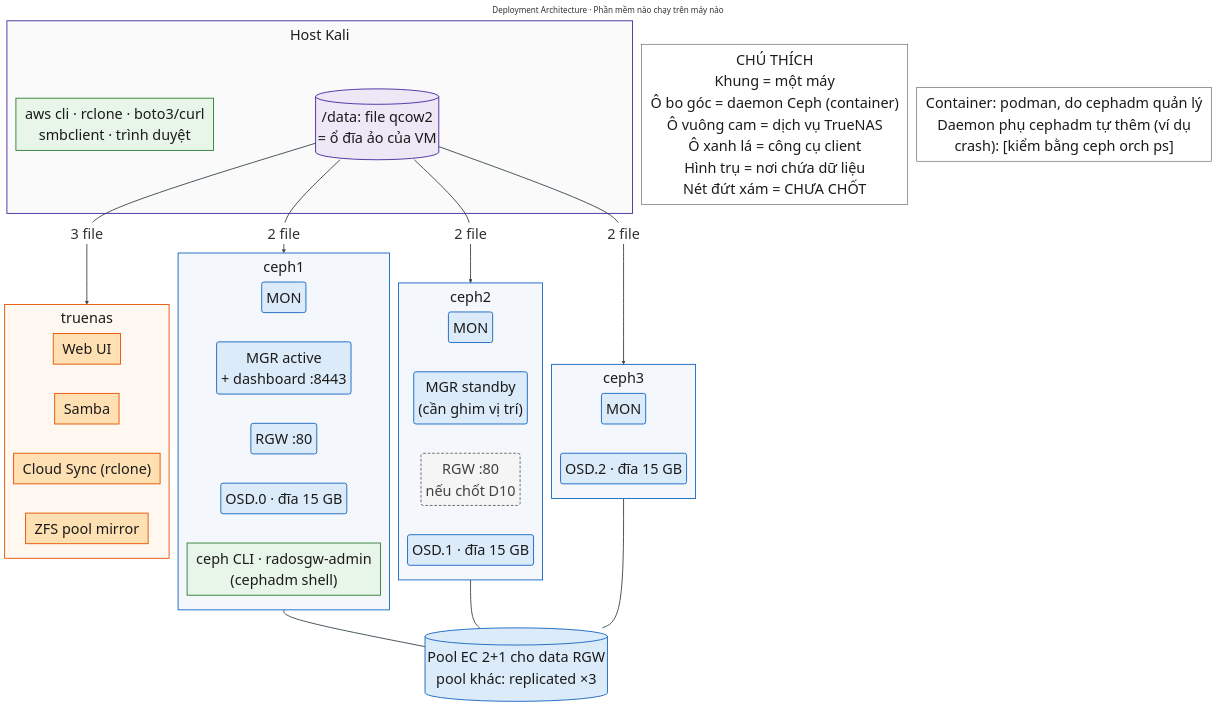
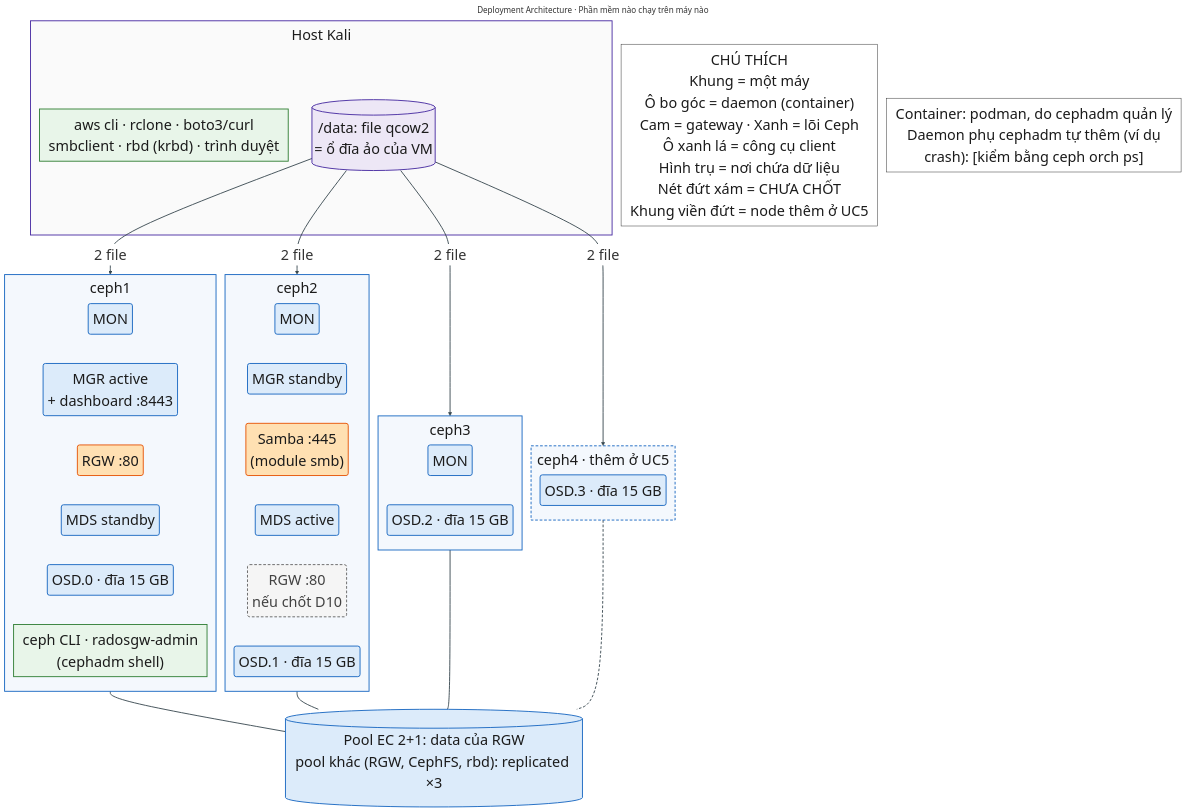
Before and after one commit to HDungg925/Project: the fifth of 5 diagrams in NT132-P2-TaiLieuNhom.md, drawn with Mermaid. The commit also changed other lines of this file and 11 other files, not shown here.

Commit message:
Bo TrueNAS

````diff
--- a/NT132-P2-TaiLieuNhom.md
+++ b/NT132-P2-TaiLieuNhom.md
@@ -587,12 +643,17 @@
 ```mermaid
 ---
 title: "Deployment Architecture · Phần mềm nào chạy trên máy nào"
+config:
+  layout: dagre
+  theme: base
+  themeVariables: {"fontSize": "32px", "fontFamily": "Arial, Helvetica, sans-serif", "lineColor": "#37474F", "edgeLabelBackground": "#FFFFFF"}
+  themeCSS: ".flowchartTitleText { font-size: 42px; font-weight: bold; } .edgeLabel div { max-width: none !important; white-space: nowrap !important; }"
+  flowchart: {"curve": "basis", "wrappingWidth": 650, "nodeSpacing": 20, "rankSpacing": 40, "padding": 10, "subGraphTitleMargin": {"top": 6, "bottom": 26}}
 ---
-%%{init: {"theme": "base", "themeVariables": {"fontSize": "32px", "fontFamily": "Arial, Helvetica, sans-serif", "lineColor": "#37474F", "edgeLabelBackground": "#FFFFFF"}, "themeCSS": ".flowchartTitleText { font-size: 42px; font-weight: bold; } .edgeLabel div { max-width: none !important; white-space: nowrap !important; }", "flowchart": {"curve": "basis", "wrappingWidth": 650, "nodeSpacing": 20, "rankSpacing": 40, "padding": 10, "subGraphTitleMargin": {"top": 6, "bottom": 26}}}}%%
 flowchart TB
-    %% ===== BẢNG MÀU CHUNG (giữ nguyên như slide 6-9) =====
+    %% ===== BẢNG MÀU CHUNG v3 (giữ nguyên như slide 6-9) =====
     classDef client  fill:#E8F5E9,stroke:#2E7D32,stroke-width:2px,color:#1B1B1B
-    classDef truenas fill:#FFE0B2,stroke:#E65100,stroke-width:2px,color:#1B1B1B
+    classDef gateway fill:#FFE0B2,stroke:#E65100,stroke-width:2px,color:#1B1B1B
     classDef ceph    fill:#DCEBFA,stroke:#1565C0,stroke-width:2px,color:#1B1B1B
     classDef infra   fill:#EDE7F6,stroke:#4527A0,stroke-width:2px,color:#1B1B1B
     classDef should  fill:#F5F5F5,stroke:#616161,stroke-width:2px,stroke-dasharray:6 4,color:#424242
@@ -600,17 +661,17 @@
 
     %% ===== HOST KALI =====
     subgraph H_KALI["Host Kali"]
-        K_CLI["aws cli · rclone · boto3/curl<br/>smbclient · trình duyệt"]
+        K_CLI["aws cli · rclone · boto3/curl<br/>smbclient · rbd (krbd) · trình duyệt"]
         K_DATA[("/data: file qcow2<br/>= ổ đĩa ảo của VM")]
     end
 
-    %% ===== CÁC VM =====
-    %% Khai báo truenas SAU 3 node Ceph là CỐ Ý: như vậy cả v11 và v12 đều xếp truenas bên trái
+    %% ===== 4 NODE CEPH =====
     subgraph V_C1["ceph1"]
         direction TB
         C1_MON("MON")
         C1_MGR("MGR active<br/>+ dashboard :8443")
         C1_RGW("RGW :80")
+        C1_MDS("MDS standby")
         C1_OSD("OSD.0 · đĩa 15 GB")
         C1_CLI["ceph CLI · radosgw-admin<br/>(cephadm shell)"]
     end
@@ -618,7 +679,9 @@
     subgraph V_C2["ceph2"]
         direction TB
         C2_MON("MON")
-        C2_MGR("MGR standby<br/>(cần ghim vị trí)")
+        C2_MGR("MGR standby")
+        C2_SMB("Samba :445<br/>(module smb)")
+        C2_MDS("MDS active")
         C2_RGW("RGW :80<br/>nếu chốt D10")
         C2_OSD("OSD.1 · đĩa 15 GB")
     end
@@ -629,46 +692,44 @@
         C3_OSD("OSD.2 · đĩa 15 GB")
     end
 
-    subgraph V_TN["truenas"]
+    subgraph V_C4["ceph4 · thêm ở UC5"]
         direction TB
-        T_UI["Web UI"]
-        T_SMB["Samba"]
-        T_CS["Cloud Sync (rclone)"]
-        T_ZFS["ZFS pool mirror"]
+        C4_OSD("OSD.3 · đĩa 15 GB")
     end
 
-    POOL[("Pool EC 2+1 cho data RGW<br/>pool khác: replicated ×3")]
+    POOL[("Pool EC 2+1: data của RGW<br/>pool khác (RGW, CephFS, rbd): replicated ×3")]
 
-    LEG["CHÚ THÍCH<br/>Khung = một máy<br/>Ô bo góc = daemon Ceph (container)<br/>Ô vuông cam = dịch vụ TrueNAS<br/>Ô xanh lá = công cụ client<br/>Hình trụ = nơi chứa dữ liệu<br/>Nét đứt xám = CHƯA CHỐT"]
+    LEG["CHÚ THÍCH<br/>Khung = một máy<br/>Ô bo góc = daemon (container)<br/>Cam = gateway · Xanh = lõi Ceph<br/>Ô xanh lá = công cụ client<br/>Hình trụ = nơi chứa dữ liệu<br/>Nét đứt xám = CHƯA CHỐT<br/>Khung viền đứt = node thêm ở UC5"]
     EXTRA["Container: podman, do cephadm quản lý<br/>Daemon phụ cephadm tự thêm (ví dụ<br/>crash): [kiểm bằng ceph orch ps]"]
 
-    %% ===== ĐƯỜNG NỐI THẬT (link 0-6) =====
+    %% ===== ĐƯỜNG NỐI THẬT (link 0-7) =====
     %% Nối vào KHUNG máy (V_...), không nối vào ô bên trong: nối vào ô bên trong làm v11 kéo giãn cột
-    K_DATA -->|"3 file"| V_TN
     K_DATA -->|"2 file"| V_C1
     K_DATA -->|"2 file"| V_C2
     K_DATA -->|"2 file"| V_C3
+    K_DATA -->|"2 file"| V_C4
     V_C1 --- POOL
     V_C2 --- POOL
     V_C3 --- POOL
+    V_C4 --- POOL
 
-    %% ===== LIÊN KẾT ẨN: xếp daemon thành cột dọc trong từng máy (link 7+) =====
-    T_UI ~~~ T_SMB ~~~ T_CS ~~~ T_ZFS
-    C1_MON ~~~ C1_MGR ~~~ C1_RGW ~~~ C1_OSD ~~~ C1_CLI
-    C2_MON ~~~ C2_MGR ~~~ C2_RGW ~~~ C2_OSD
+    %% ===== LIÊN KẾT ẨN: xếp daemon thành cột dọc trong từng máy (link 8+) =====
+    C1_MON ~~~ C1_MGR ~~~ C1_RGW ~~~ C1_MDS ~~~ C1_OSD ~~~ C1_CLI
+    C2_MON ~~~ C2_MGR ~~~ C2_SMB ~~~ C2_MDS ~~~ C2_RGW ~~~ C2_OSD
     C3_MON ~~~ C3_OSD
 
     linkStyle 0,1,2,3,4,5,6 stroke:#37474F,stroke-width:2px
+    linkStyle 7 stroke:#37474F,stroke-width:2px,stroke-dasharray:6 4
 
     class K_CLI,C1_CLI client
     class K_DATA infra
-    class T_UI,T_SMB,T_CS,T_ZFS truenas
-    class C1_MON,C1_MGR,C1_RGW,C1_OSD,C2_MON,C2_MGR,C2_OSD,C3_MON,C3_OSD,POOL ceph
+    class C1_RGW,C2_SMB gateway
+    class C1_MON,C1_MGR,C1_MDS,C1_OSD,C2_MON,C2_MGR,C2_MDS,C2_OSD,C3_MON,C3_OSD,C4_OSD,POOL ceph
     class C2_RGW should
     class LEG,EXTRA note
     style H_KALI fill:#FAFAFA,stroke:#4527A0,stroke-width:2px,color:#1B1B1B
-    style V_TN fill:#FFF8F0,stroke:#E65100,stroke-width:2px,color:#1B1B1B
     style V_C1 fill:#F4F8FD,stroke:#1565C0,stroke-width:2px,color:#1B1B1B
     style V_C2 fill:#F4F8FD,stroke:#1565C0,stroke-width:2px,color:#1B1B1B
     style V_C3 fill:#F4F8FD,stroke:#1565C0,stroke-width:2px,color:#1B1B1B
+    style V_C4 fill:#F4F8FD,stroke:#1565C0,stroke-width:2px,stroke-dasharray:6 4,color:#1B1B1B
 ```
````
